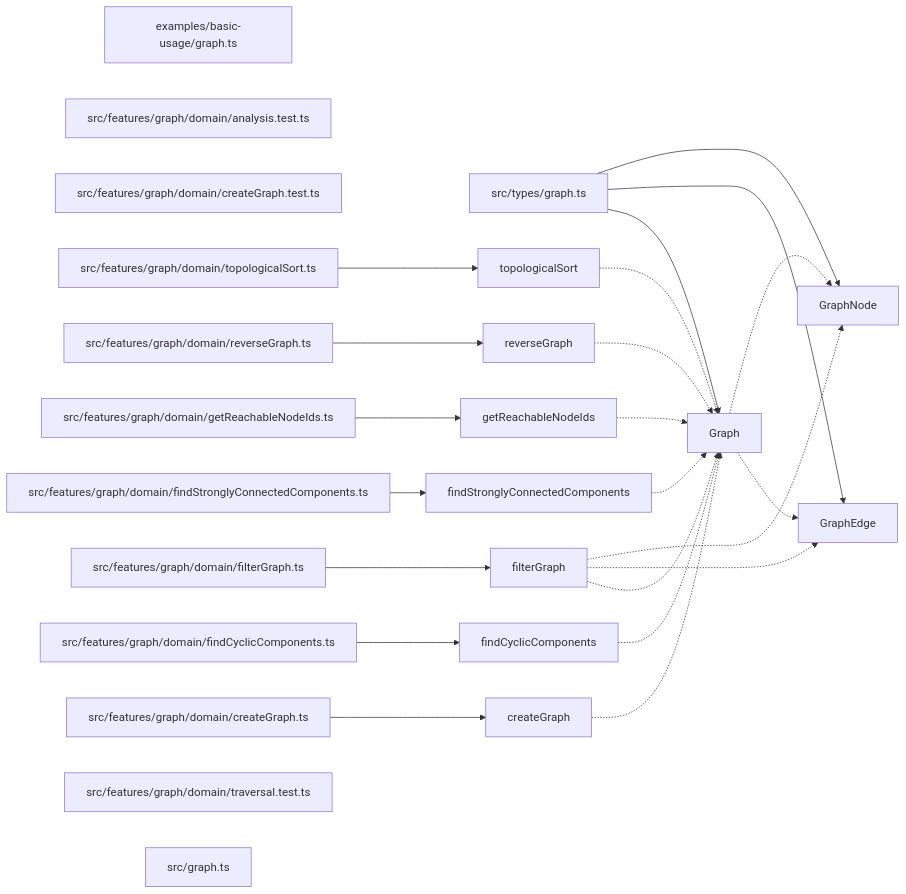
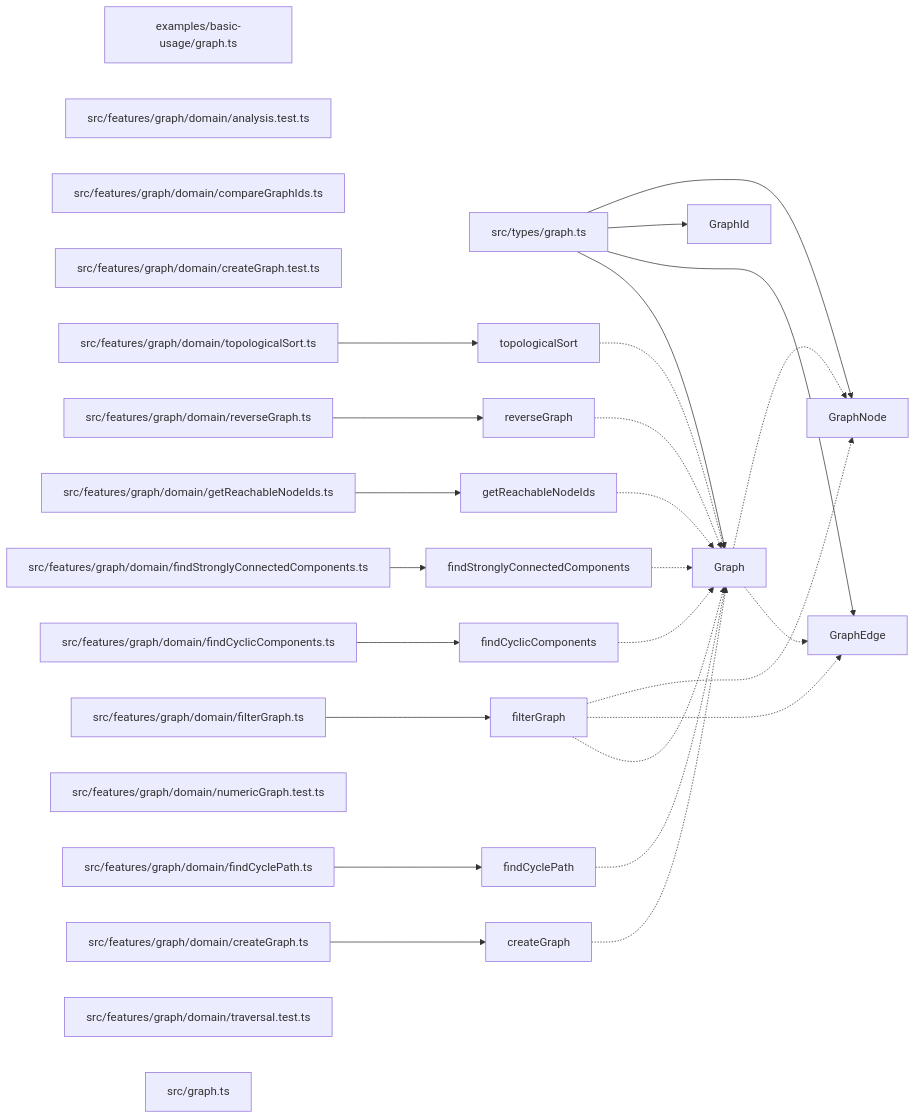
One commit to ankhorage/graph changed the diagram in paradox/diagrams/export-graph.mmd. Above: the diagram before and after it, drawn with Mermaid. The commit also changed 24 other files, not shown here.

First line of the commit message:
feat(graph): support numeric graph identifiers (#8)

```diff
--- a/paradox/diagrams/export-graph.mmd
+++ b/paradox/diagrams/export-graph.mmd
@@ -1,45 +1,53 @@
 graph LR
   module_examples_basic_usage_graph_ts["examples/basic-usage/graph.ts"]
   module_src_features_graph_domain_analysis_test_ts["src/features/graph/domain/analysis.test.ts"]
+  module_src_features_graph_domain_compareGraphIds_ts["src/features/graph/domain/compareGraphIds.ts"]
   module_src_features_graph_domain_createGraph_test_ts["src/features/graph/domain/createGraph.test.ts"]
   module_src_features_graph_domain_createGraph_ts["src/features/graph/domain/createGraph.ts"]
   module_src_features_graph_domain_filterGraph_ts["src/features/graph/domain/filterGraph.ts"]
+  module_src_features_graph_domain_findCyclePath_ts["src/features/graph/domain/findCyclePath.ts"]
   module_src_features_graph_domain_findCyclicComponents_ts["src/features/graph/domain/findCyclicComponents.ts"]
   module_src_features_graph_domain_findStronglyConnectedComponents_ts["src/features/graph/domain/findStronglyConnectedComponents.ts"]
   module_src_features_graph_domain_getReachableNodeIds_ts["src/features/graph/domain/getReachableNodeIds.ts"]
+  module_src_features_graph_domain_numericGraph_test_ts["src/features/graph/domain/numericGraph.test.ts"]
   module_src_features_graph_domain_reverseGraph_ts["src/features/graph/domain/reverseGraph.ts"]
   module_src_features_graph_domain_topologicalSort_ts["src/features/graph/domain/topologicalSort.ts"]
   module_src_features_graph_domain_traversal_test_ts["src/features/graph/domain/traversal.test.ts"]
   module_src_graph_ts["src/graph.ts"]
   module_src_types_graph_ts["src/types/graph.ts"]
   export_createGraph["createGraph"]
   module_src_features_graph_domain_createGraph_ts --> export_createGraph
   export_createGraph -.-> export_Graph
   export_filterGraph["filterGraph"]
   module_src_features_graph_domain_filterGraph_ts --> export_filterGraph
   export_filterGraph -.-> export_Graph
   export_filterGraph -.-> export_GraphEdge
   export_filterGraph -.-> export_GraphNode
+  export_findCyclePath["findCyclePath"]
+  module_src_features_graph_domain_findCyclePath_ts --> export_findCyclePath
+  export_findCyclePath -.-> export_Graph
   export_findCyclicComponents["findCyclicComponents"]
   module_src_features_graph_domain_findCyclicComponents_ts --> export_findCyclicComponents
   export_findCyclicComponents -.-> export_Graph
   export_findStronglyConnectedComponents["findStronglyConnectedComponents"]
   module_src_features_graph_domain_findStronglyConnectedComponents_ts --> export_findStronglyConnectedComponents
   export_findStronglyConnectedComponents -.-> export_Graph
   export_getReachableNodeIds["getReachableNodeIds"]
   module_src_features_graph_domain_getReachableNodeIds_ts --> export_getReachableNodeIds
   export_getReachableNodeIds -.-> export_Graph
   export_Graph["Graph"]
   module_src_types_graph_ts --> export_Graph
   export_Graph -.-> export_GraphEdge
   export_Graph -.-> export_GraphNode
   export_GraphEdge["GraphEdge"]
   module_src_types_graph_ts --> export_GraphEdge
+  export_GraphId["GraphId"]
+  module_src_types_graph_ts --> export_GraphId
   export_GraphNode["GraphNode"]
   module_src_types_graph_ts --> export_GraphNode
   export_reverseGraph["reverseGraph"]
   module_src_features_graph_domain_reverseGraph_ts --> export_reverseGraph
   export_reverseGraph -.-> export_Graph
   export_topologicalSort["topologicalSort"]
   module_src_features_graph_domain_topologicalSort_ts --> export_topologicalSort
   export_topologicalSort -.-> export_Graph
```
